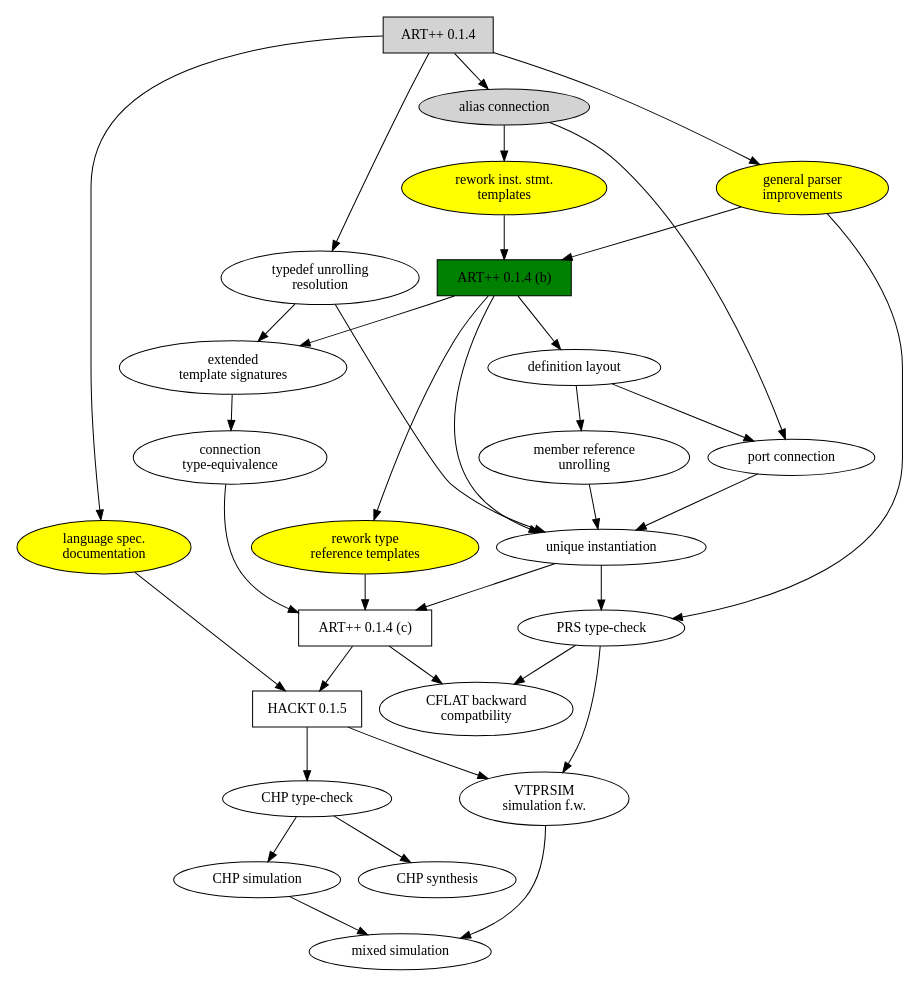
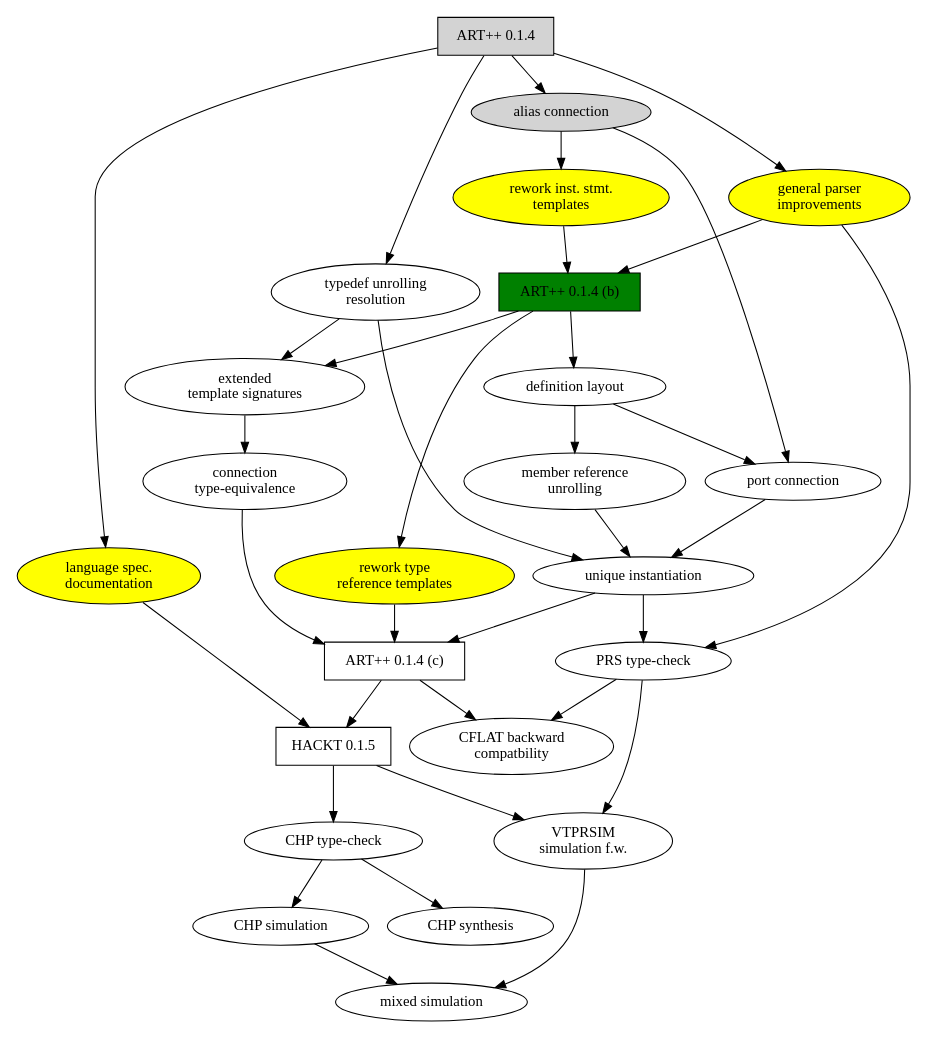
The diagram in DevelopmentPlan.dot (fangism/hackt), drawn with Graphviz before and after one commit. The commit also changed 44 other files, not shown here.

```diff
--- a/DevelopmentPlan.dot
+++ b/DevelopmentPlan.dot
@@ -1,75 +1,74 @@
 # "DevelopmentPlan.dot"
 
 digraph G {
 size="7,10";
 
 ARTXX_00_01_04		[shape=box, style=filled, label="ART++ 0.1.4"];
 ARTXX_00_01_04_b	[shape=box, style=filled, fillcolor=green, 
 				label="ART++ 0.1.4 (b)"];
 ARTXX_00_01_04_c	[shape=box, label="ART++ 0.1.4 (c)"];
 ARTXX_00_01_05		[shape=box, label="HACKT 0.1.5"];
 
 DOCS_00_01_04		[shape=ellipse, style=filled, fillcolor=yellow, 
 				label="language spec.\ndocumentation"];
 PARSER_00_01_04		[shape=ellipse, style=filled, fillcolor=yellow,
 				label="general parser\nimprovements"];
 UNIQUE_00_01_04		[shape=ellipse, label="unique instantiation"];
 ALIAS_00_01_04		[shape=ellipse, style=filled, label="alias connection"];
 PORT_00_01_04		[shape=ellipse, label="port connection"];
 MEMBER_00_01_04		[shape=ellipse, label="member reference\nunrolling"];
 TYPEDEF_00_01_04	[shape=ellipse, label="typedef unrolling\nresolution"];
 DEFLAYOUT_00_01_04	[shape=ellipse, label="definition layout"];
 INSTSTMT_00_01_04	[shape=ellipse, style=filled, fillcolor=yellow,
 				label="rework inst. stmt.\ntemplates"];
 TYPEREF_00_01_04	[shape=ellipse, style=filled, fillcolor=yellow,
 				label="rework type\nreference templates"];
 EXTTEMPLATE_00_01_04	[shape=ellipse, label="extended\ntemplate signatures"];
 CONNECTEQ_00_01_04	[shape=ellipse, label="connection\ntype-equivalence"];
 CFLAT_00_01_04		[shape=ellipse, label="CFLAT backward\ncompatbility"];
 PRS_00_01_04		[shape=ellipse, label="PRS type-check"];
 
 ARTXX_00_01_04 -> DOCS_00_01_04;
 ARTXX_00_01_04 -> PARSER_00_01_04;
 ARTXX_00_01_04 -> ALIAS_00_01_04;
 PARSER_00_01_04 -> ARTXX_00_01_04_b;
 ALIAS_00_01_04 -> PORT_00_01_04;
 PORT_00_01_04 -> UNIQUE_00_01_04;
 MEMBER_00_01_04 -> UNIQUE_00_01_04;
 UNIQUE_00_01_04 -> ARTXX_00_01_04_c;
 ARTXX_00_01_04_b -> DEFLAYOUT_00_01_04;
 EXTTEMPLATE_00_01_04 -> CONNECTEQ_00_01_04;
 ARTXX_00_01_04 -> TYPEDEF_00_01_04;
 DEFLAYOUT_00_01_04 -> MEMBER_00_01_04;
 DEFLAYOUT_00_01_04 -> PORT_00_01_04;
 ALIAS_00_01_04 -> INSTSTMT_00_01_04;
 INSTSTMT_00_01_04 -> ARTXX_00_01_04_b;
 ARTXX_00_01_04_b -> EXTTEMPLATE_00_01_04;
 ARTXX_00_01_04_b -> TYPEREF_00_01_04;
 TYPEREF_00_01_04 -> ARTXX_00_01_04_c;
 TYPEDEF_00_01_04 -> UNIQUE_00_01_04;
 TYPEDEF_00_01_04 -> EXTTEMPLATE_00_01_04;
-ARTXX_00_01_04_b -> UNIQUE_00_01_04;
 PARSER_00_01_04 -> PRS_00_01_04;
 UNIQUE_00_01_04 -> PRS_00_01_04;
 
 ARTXX_00_01_04_c -> ARTXX_00_01_05;
 PRS_00_01_04 -> CFLAT_00_01_04;
 ARTXX_00_01_04_c -> CFLAT_00_01_04;
 CONNECTEQ_00_01_04 -> ARTXX_00_01_04_c;
 DOCS_00_01_04 -> ARTXX_00_01_05;
 
 CHP_00_01_05		[shape=ellipse, label="CHP type-check"];
 CHPSYNTH_00_01_05	[shape=ellipse, label="CHP synthesis"];
 CHPSIM_00_01_05		[shape=ellipse, label="CHP simulation"];
 VTPRSIM_00_01_05	[shape=ellipse, label="VTPRSIM\nsimulation f.w."];
 MIXSIM_00_01_05		[shape=ellipse, label="mixed simulation"];
 
 ARTXX_00_01_05 -> CHP_00_01_05;
 CHP_00_01_05 -> CHPSYNTH_00_01_05;
 CHP_00_01_05 -> CHPSIM_00_01_05;
 PRS_00_01_04 -> VTPRSIM_00_01_05;
 ARTXX_00_01_05 -> VTPRSIM_00_01_05;
 VTPRSIM_00_01_05 -> MIXSIM_00_01_05;
 CHPSIM_00_01_05 -> MIXSIM_00_01_05;
 
 }
```
